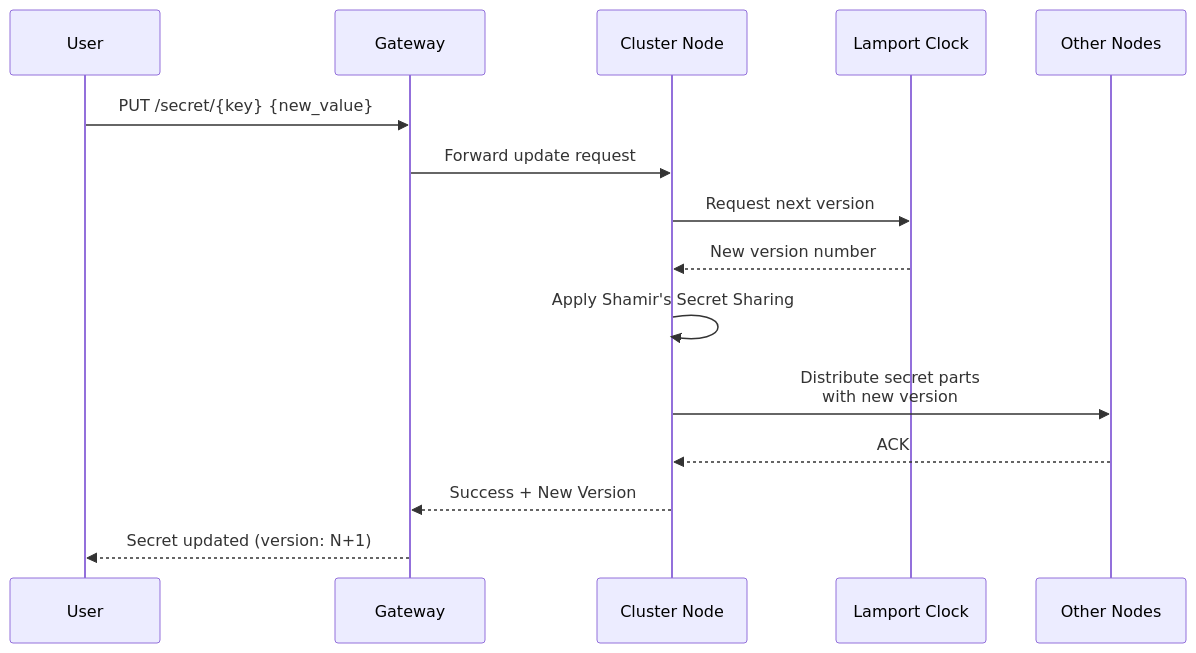
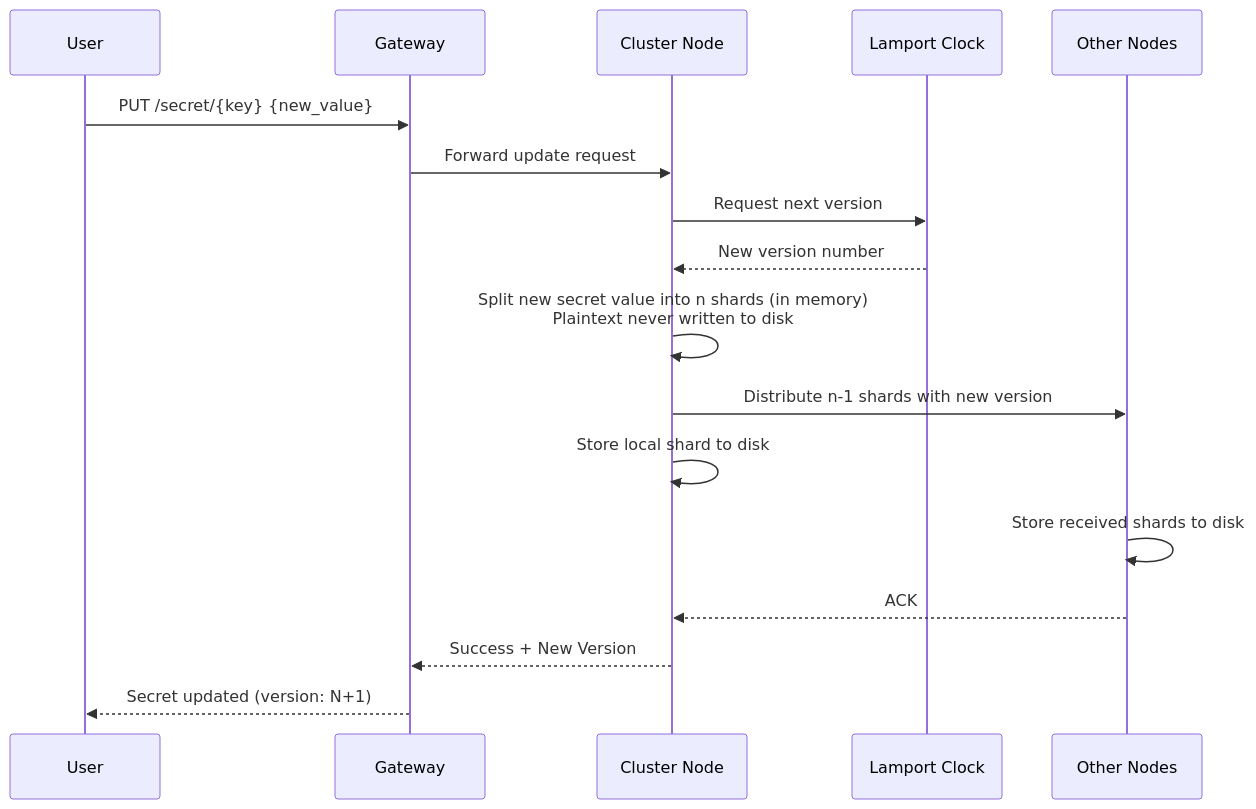
One commit to S26-Distributed-Capstone/DistributedSecretsVault changed the fourth of 6 diagrams in docs/architecture.md. Above: the diagram before and after it, drawn with Mermaid. The commit also changed other lines of this file, not shown here.

Commit message:
update to architecture file

````diff
--- a/docs/architecture.md
+++ b/docs/architecture.md
@@ -90,18 +102,20 @@
 ```mermaid
 sequenceDiagram
     participant User
     participant Gateway
     participant Node1 as Cluster Node
     participant Clock as Lamport Clock
     participant Nodes as Other Nodes
 
     User->>Gateway: PUT /secret/{key} {new_value}
     Gateway->>Node1: Forward update request
     Node1->>Clock: Request next version
     Clock-->>Node1: New version number
-    Node1->>Node1: Apply Shamir's Secret Sharing
-    Node1->>Nodes: Distribute secret parts<br/>with new version
+    Node1->>Node1: Split new secret value into n shards (in memory)<br/>Plaintext never written to disk
+    Node1->>Nodes: Distribute n-1 shards with new version
+    Node1->>Node1: Store local shard to disk
+    Nodes->>Nodes: Store received shards to disk
     Nodes-->>Node1: ACK
     Node1-->>Gateway: Success + New Version
     Gateway-->>User: Secret updated (version: N+1)
 ```
````
